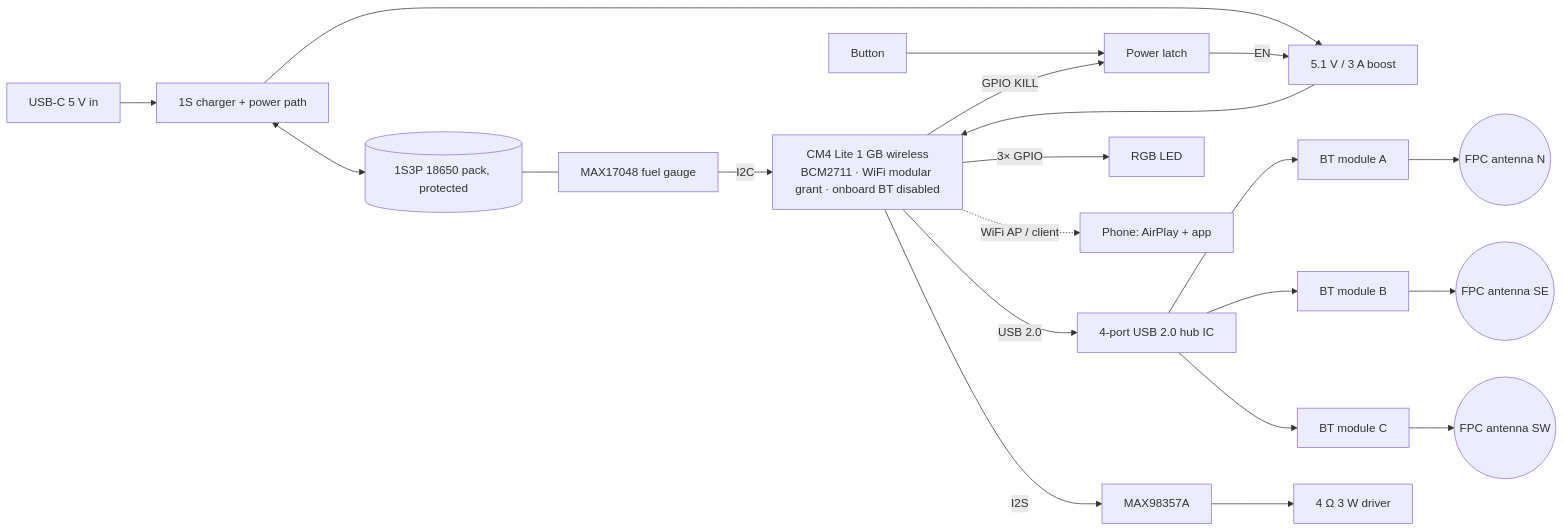
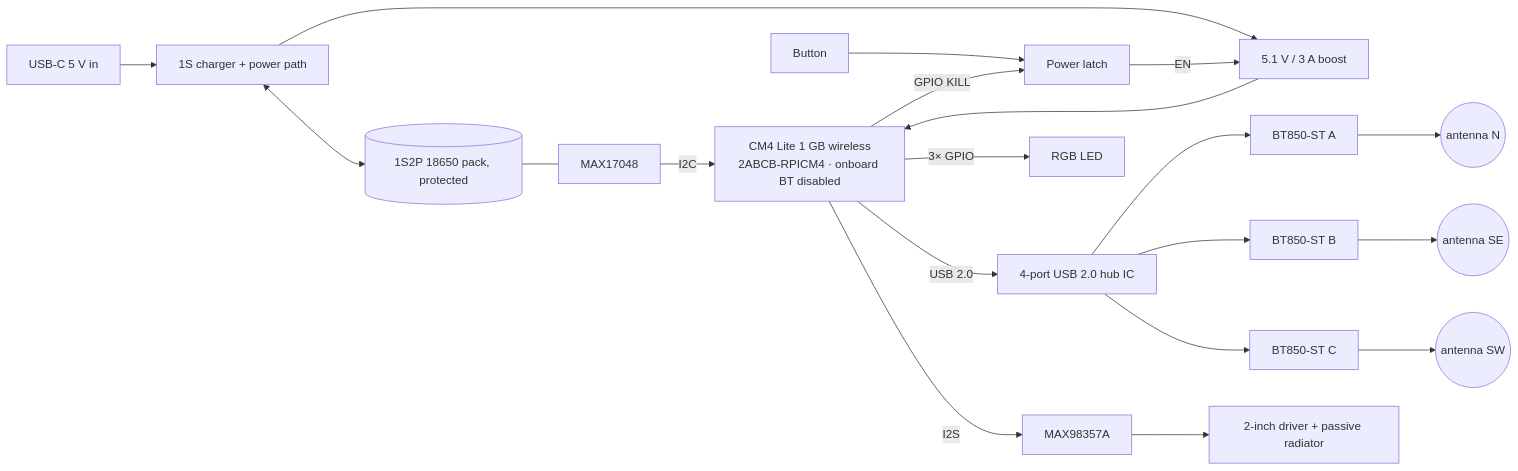
The diagram in hardware/README.md (icestationenterprise/campfire-bridge), drawn with Mermaid before and after one commit. The commit also changed other lines of this file and 6 other files, not shown here.

First line of the commit message:
Lightest Certifiable Campfire: manual, shopping list, Phase 1 wiring + enclosure diagrams

````diff
--- a/hardware/README.md
+++ b/hardware/README.md
@@ -29,16 +46,15 @@
 ```mermaid
 flowchart LR
   USBC[USB-C 5 V in] --> CHG[1S charger + power path]
-  CHG <--> PACK[(1S3P 18650 pack, protected)]
-  CHG --> BOOST[5.1 V / 3 A boost] --> CM4[CM4 Lite 1 GB wireless<br/>BCM2711 · WiFi modular grant · onboard BT disabled]
-  PACK --- GAUGE[MAX17048 fuel gauge] -- I2C --> CM4
+  CHG <--> PACK[(1S2P 18650 pack, protected)]
+  CHG --> BOOST[5.1 V / 3 A boost] --> CM4[CM4 Lite 1 GB wireless<br/>2ABCB-RPICM4 · onboard BT disabled]
+  PACK --- GAUGE[MAX17048] -- I2C --> CM4
   BTN[Button] --> LATCH[Power latch] -- EN --> BOOST
   CM4 -- GPIO KILL --> LATCH
   CM4 -- USB 2.0 --> HUB[4-port USB 2.0 hub IC]
-  HUB --> BTA[BT module A] --> ANTA((FPC antenna N))
-  HUB --> BTB[BT module B] --> ANTB((FPC antenna SE))
-  HUB --> BTC[BT module C] --> ANTC((FPC antenna SW))
-  CM4 -- I2S --> AMP[MAX98357A] --> SPK[4 Ω 3 W driver]
+  HUB --> BTA[BT850-ST A] --> ANTA((antenna N))
+  HUB --> BTB[BT850-ST B] --> ANTB((antenna SE))
+  HUB --> BTC[BT850-ST C] --> ANTC((antenna SW))
+  CM4 -- I2S --> AMP[MAX98357A] --> SPK[2-inch driver + passive radiator]
   CM4 -- 3× GPIO --> LED[RGB LED]
-  CM4 -. WiFi AP / client .-> PHONE[Phone: AirPlay + app]
 ```
````
